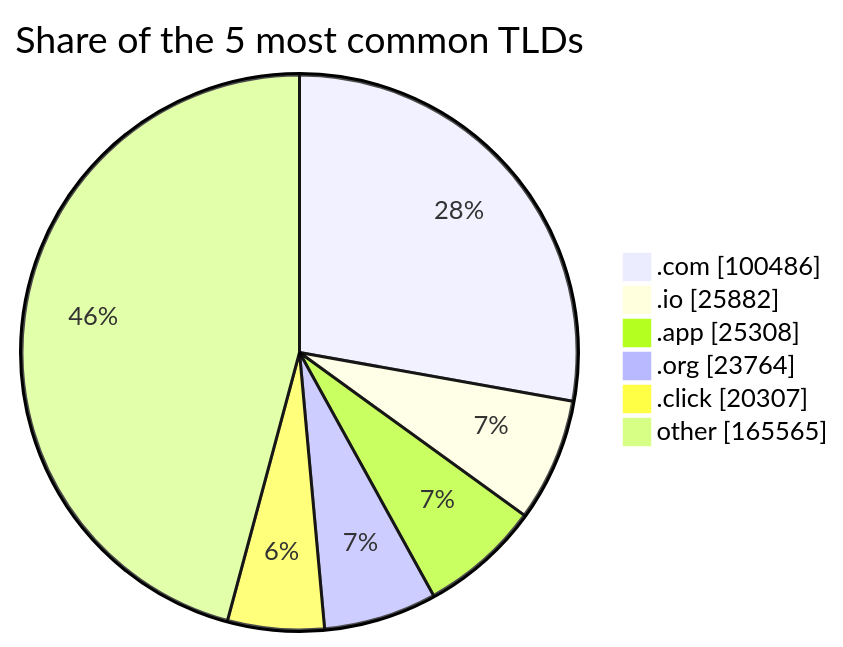
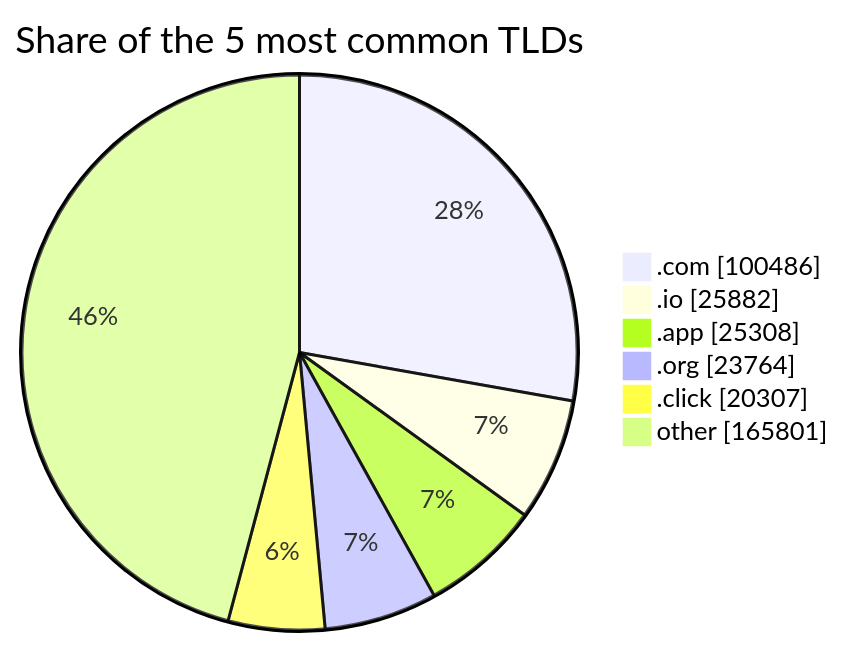
The third of 3 diagrams in README.md (DNSBunker/CTI), drawn with Mermaid before and after one commit. The commit also changed other lines of this file and 3 other files, not shown here.

````diff
--- a/README.md
+++ b/README.md
@@ -81,9 +81,9 @@
 ```mermaid
 pie showData title Share of the 5 most common TLDs
     ".com" : 100486
     ".io" : 25882
     ".app" : 25308
     ".org" : 23764
     ".click" : 20307
-    "other" : 165565
+    "other" : 165801
 ```
````
